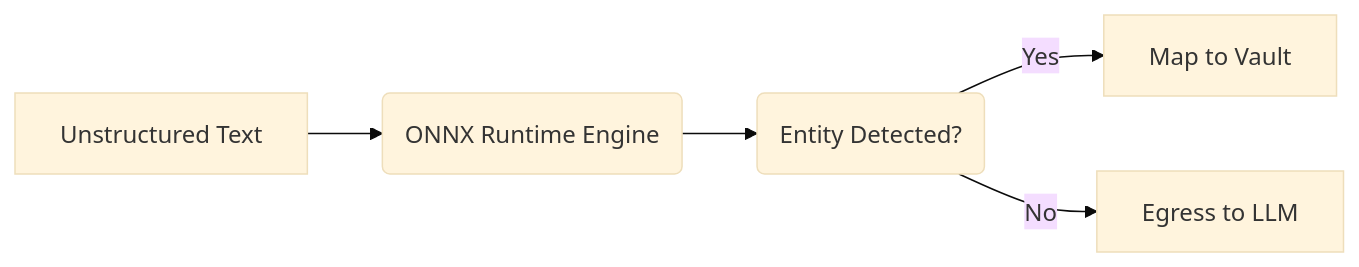
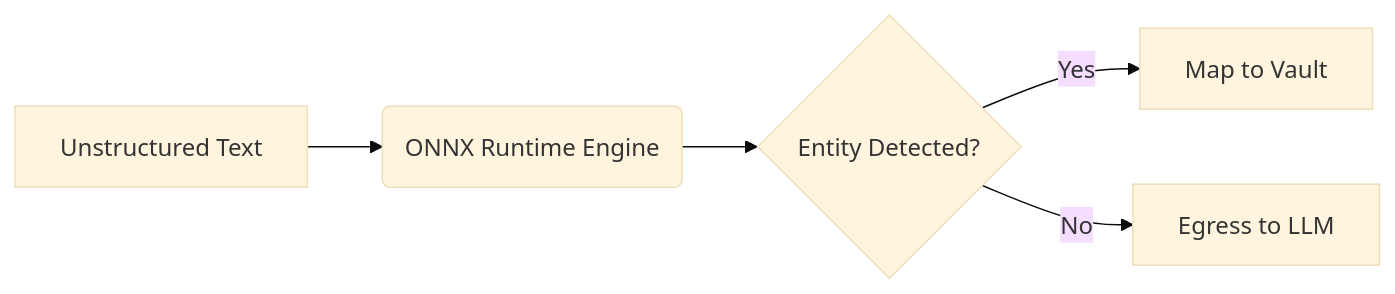
The diagram in website/docs/features/data-protection-pii-redaction/tier-3-quantized-onnx-bert-ner.md (ninadphalak/LLM-Shield-Proxy), drawn with Mermaid (base theme) before and after one commit. The commit also changed other lines of this file and 94 other files, not shown here.

````diff
--- a/website/docs/features/data-protection-pii-redaction/tier-3-quantized-onnx-bert-ner.md
+++ b/website/docs/features/data-protection-pii-redaction/tier-3-quantized-onnx-bert-ner.md
@@ -16,7 +15,7 @@
 ```mermaid
 flowchart LR
     A[Unstructured Text] --> B(ONNX Runtime Engine)
-    B --> C(Entity Detected?)
+    B --> C{Entity Detected?}
     C -->|Yes| D[Map to Vault]
     C -->|No| E[Egress to LLM]
 ```
````
